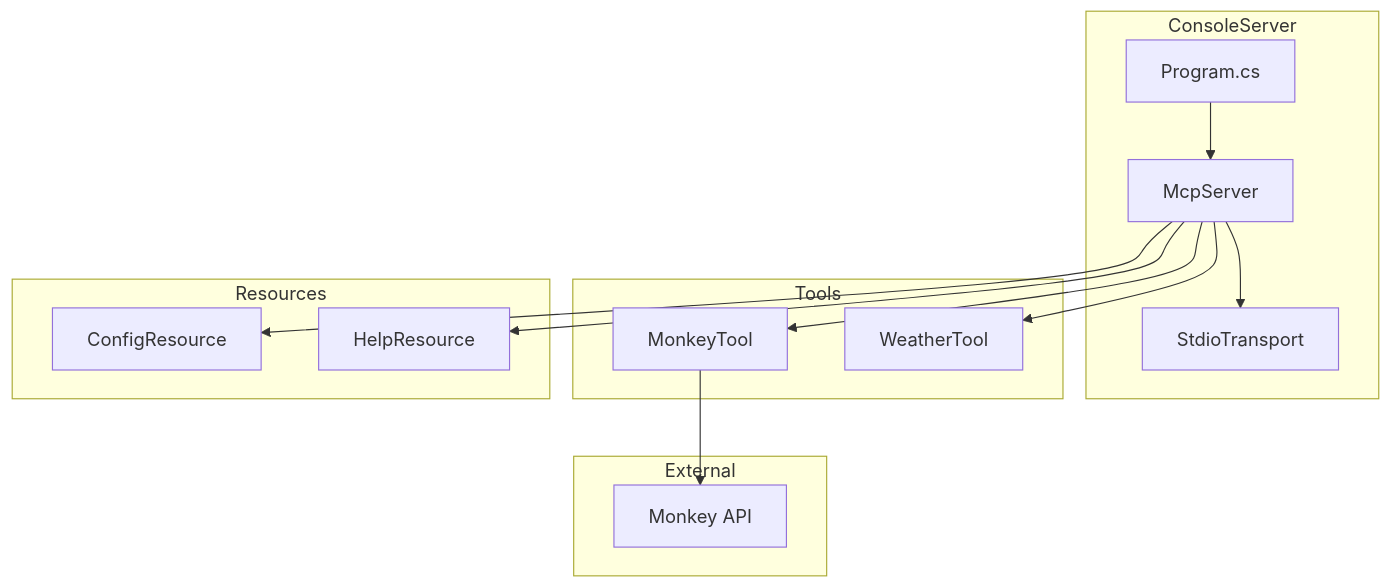
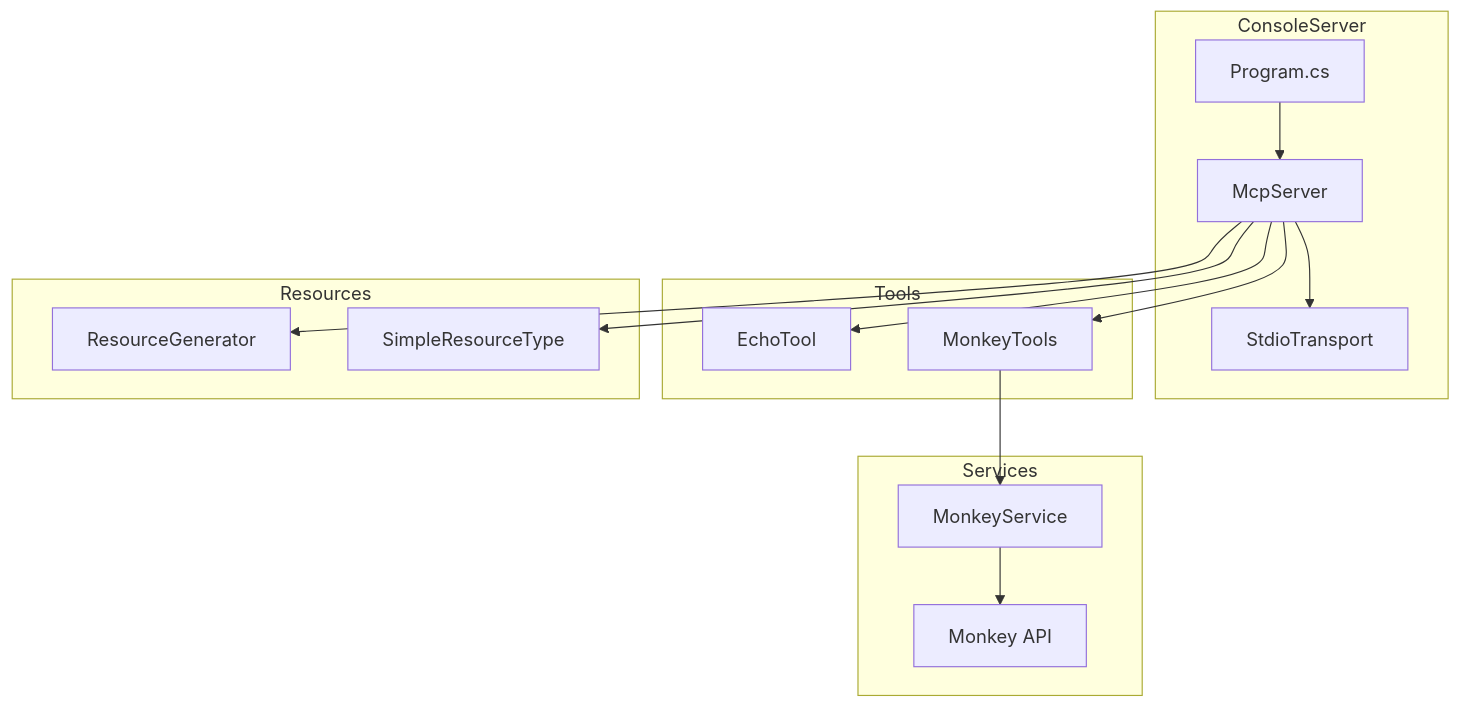
The third of 7 diagrams in docs/AI.Workshop.MCP.md (mgliot/AI.Workshop), drawn with Mermaid before and after one commit. The commit also changed other lines of this file and 9 other files, not shown here.

````diff
--- a/docs/AI.Workshop.MCP.md
+++ b/docs/AI.Workshop.MCP.md
@@ -66,27 +61,28 @@
 ```mermaid
 graph TB
     subgraph "ConsoleServer"
         MAIN[Program.cs]
         SVR[McpServer]
         TRANS[StdioTransport]
     end
     
     subgraph "Tools"
-        MT[MonkeyTool]
-        WT[WeatherTool]
+        ET[EchoTool]
+        MT[MonkeyTools]
     end
     
     subgraph "Resources"
-        CFG[ConfigResource]
-        HELP[HelpResource]
+        RG[ResourceGenerator]
+        SR[SimpleResourceType]
     end
     
-    subgraph "External"
+    subgraph "Services"
+        MS[MonkeyService]
         API[Monkey API]
     end
     
     MAIN --> SVR --> TRANS
-    SVR --> MT & WT
-    SVR --> CFG & HELP
-    MT --> API
+    SVR --> ET & MT
+    SVR --> RG & SR
+    MT --> MS --> API
 ```
````
